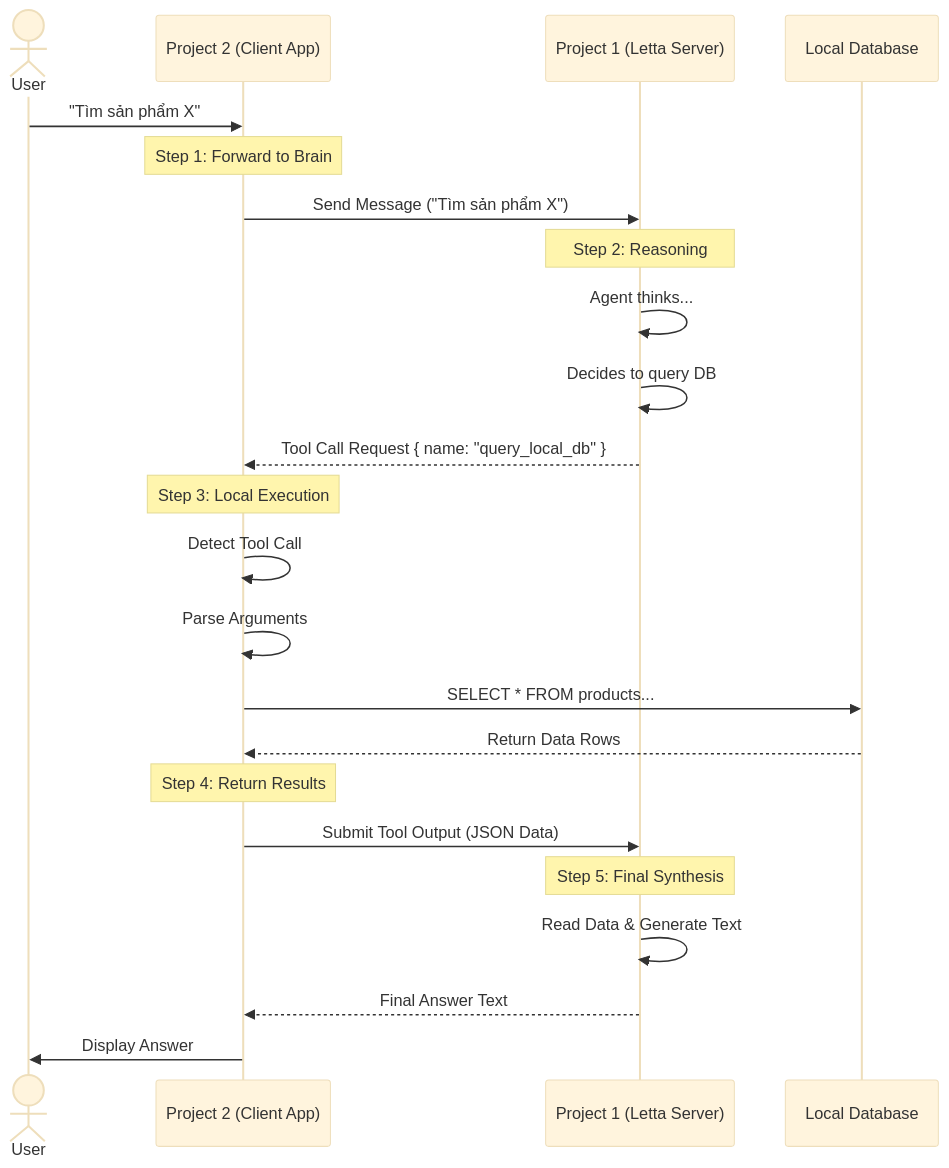
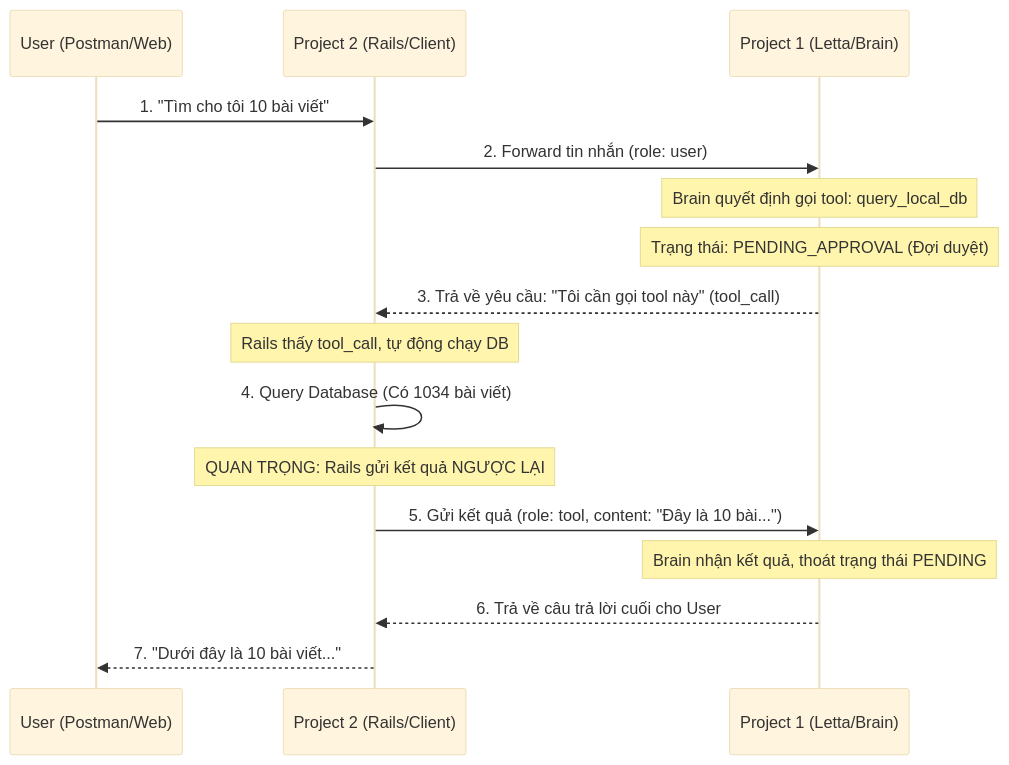
The diagram in docs/letta-db-integration/01-configuration/03-sequence-diagrams.md (vantrong24052003/PLATFORM_LETTA), drawn with Mermaid (base theme) before and after one commit. The commit also changed other lines of this file and 10 other files, not shown here.

Commit message:
setup tools call letta

````diff
--- a/docs/letta-db-integration/01-configuration/03-sequence-diagrams.md
+++ b/docs/letta-db-integration/01-configuration/03-sequence-diagrams.md
@@ -7,32 +5,24 @@
 ```mermaid
 sequenceDiagram
-    actor User
-    participant Client as Project 2 (Client App)
-    participant Server as Project 1 (Letta Server)
-    participant DB as Local Database
+    participant U as User (Postman/Web)
+    participant R as Project 2 (Rails/Client)
+    participant L as Project 1 (Letta/Brain)
 
-    User->>Client: "Tìm sản phẩm X"
+    U->>R: 1. "Tìm cho tôi 10 bài viết"
+    R->>L: 2. Forward tin nhắn (role: user)
     
-    Note over Client: Step 1: Forward to Brain
-    Client->>Server: Send Message ("Tìm sản phẩm X")
+    Note over L: Brain quyết định gọi tool: query_local_db
+    Note over L: Trạng thái: PENDING_APPROVAL (Đợi duyệt)
     
-    Note over Server: Step 2: Reasoning
-    Server->>Server: Agent thinks...
-    Server->>Server: Decides to query DB
-    Server-->>Client: Tool Call Request { name: "query_local_db" }
+    L-->>R: 3. Trả về yêu cầu: "Tôi cần gọi tool này" (tool_call)
     
-    Note over Client: Step 3: Local Execution
-    Client->>Client: Detect Tool Call
-    Client->>Client: Parse Arguments
-    Client->>DB: SELECT * FROM products...
-    DB-->>Client: Return Data Rows
+    Note over R: Rails thấy tool_call, tự động chạy DB
+    R->>R: 4. Query Database (Có 1034 bài viết)
     
-    Note over Client: Step 4: Return Results
-    Client->>Server: Submit Tool Output (JSON Data)
+    Note over R: QUAN TRỌNG: Rails gửi kết quả NGƯỢC LẠI
+    R->>L: 5. Gửi kết quả (role: tool, content: "Đây là 10 bài...")
     
-    Note over Server: Step 5: Final Synthesis
-    Server->>Server: Read Data & Generate Text
-    Server-->>Client: Final Answer Text
-    
-    Client->>User: Display Answer
+    Note over L: Brain nhận kết quả, thoát trạng thái PENDING
+    L-->>R: 6. Trả về câu trả lời cuối cho User
+    R-->>U: 7. "Dưới đây là 10 bài viết..."
 ```
````
